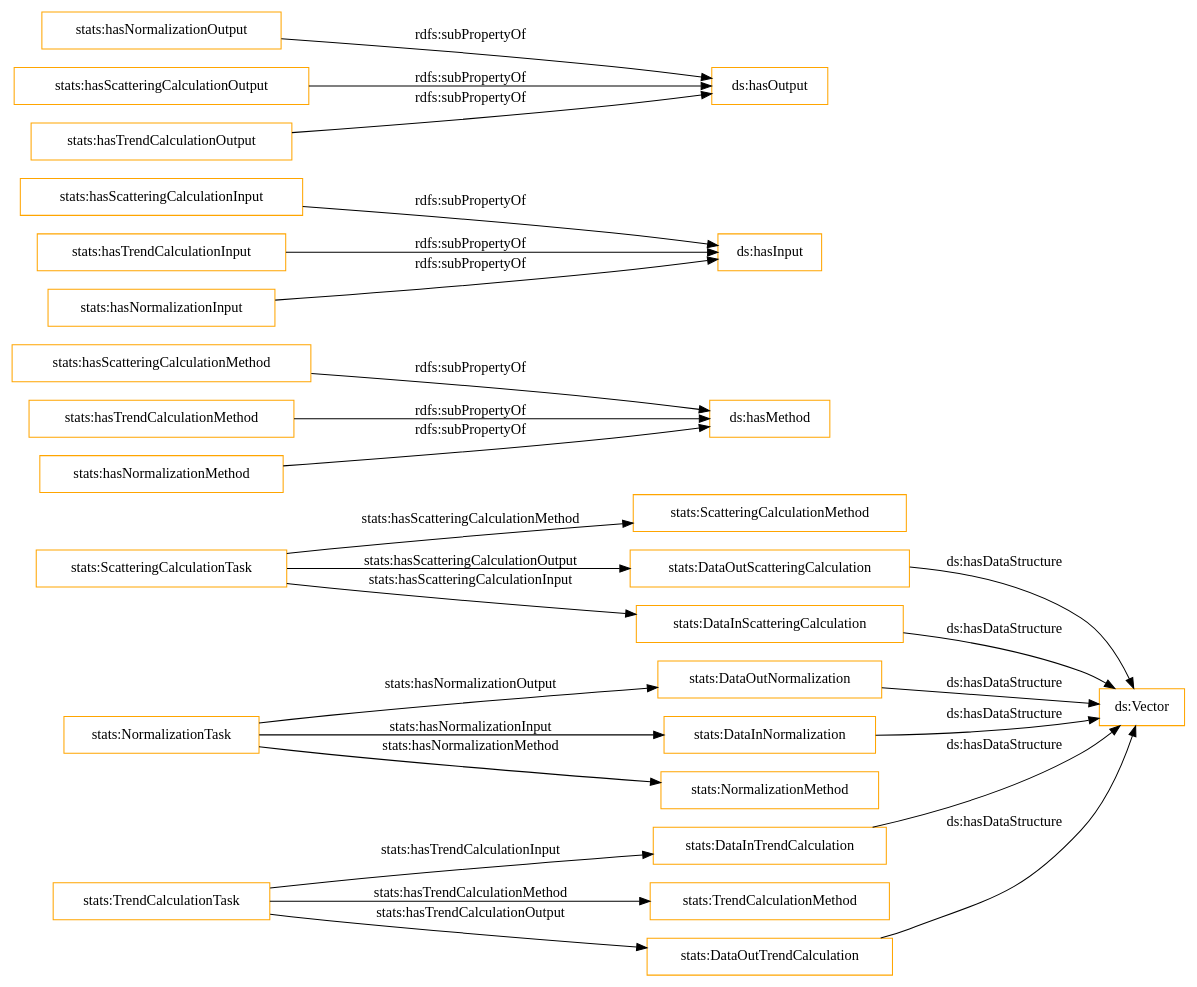
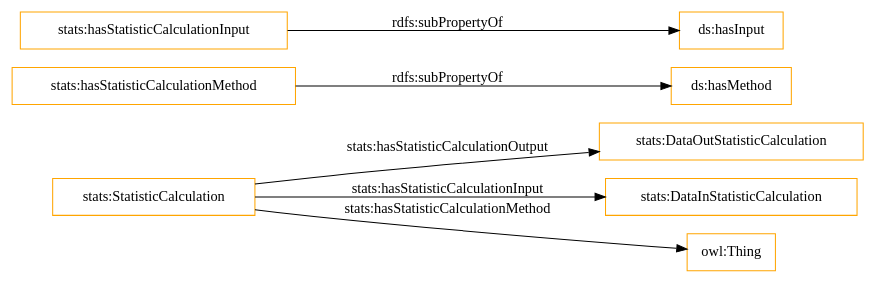
One commit to nsai-uio/ExeKGOntology changed the diagram in OnToology/stats_exeKGOntology.ttl/diagrams/ar2dtool-class/stats_exeKGOntology.ttl.png.dot. Above: the diagram before and after it, drawn with Graphviz. The commit also changed 797 other files, not shown here.

```diff
--- a/OnToology/stats_exeKGOntology.ttl/diagrams/ar2dtool-class/stats_exeKGOntology.ttl.png.dot
+++ b/OnToology/stats_exeKGOntology.ttl/diagrams/ar2dtool-class/stats_exeKGOntology.ttl.png.dot
@@ -1,30 +1,11 @@
 digraph ar2dtool_diagram { 
 rankdir=LR;
 size="1501"
-node [shape = rectangle, color="orange"]; "stats:ScatteringCalculationMethod" "stats:TrendCalculationTask" "stats:DataOutScatteringCalculation" "stats:NormalizationTask" "stats:DataOutNormalization" "stats:DataInTrendCalculation" "stats:DataInNormalization" "stats:DataInScatteringCalculation" "stats:NormalizationMethod" "stats:ScatteringCalculationTask" "stats:TrendCalculationMethod" "stats:DataOutTrendCalculation" ; /*classes style*/
-	"stats:hasScatteringCalculationMethod" -> "ds:hasMethod" [ label = "rdfs:subPropertyOf" ];
-	"stats:DataOutNormalization" -> "ds:Vector" [ label = "ds:hasDataStructure" ];
-	"stats:hasTrendCalculationMethod" -> "ds:hasMethod" [ label = "rdfs:subPropertyOf" ];
-	"stats:hasScatteringCalculationInput" -> "ds:hasInput" [ label = "rdfs:subPropertyOf" ];
-	"stats:hasTrendCalculationInput" -> "ds:hasInput" [ label = "rdfs:subPropertyOf" ];
-	"stats:DataInScatteringCalculation" -> "ds:Vector" [ label = "ds:hasDataStructure" ];
-	"stats:DataInNormalization" -> "ds:Vector" [ label = "ds:hasDataStructure" ];
-	"stats:DataInTrendCalculation" -> "ds:Vector" [ label = "ds:hasDataStructure" ];
-	"stats:hasNormalizationOutput" -> "ds:hasOutput" [ label = "rdfs:subPropertyOf" ];
-	"stats:DataOutScatteringCalculation" -> "ds:Vector" [ label = "ds:hasDataStructure" ];
-	"stats:hasNormalizationMethod" -> "ds:hasMethod" [ label = "rdfs:subPropertyOf" ];
-	"stats:hasNormalizationInput" -> "ds:hasInput" [ label = "rdfs:subPropertyOf" ];
-	"stats:hasScatteringCalculationOutput" -> "ds:hasOutput" [ label = "rdfs:subPropertyOf" ];
-	"stats:DataOutTrendCalculation" -> "ds:Vector" [ label = "ds:hasDataStructure" ];
-	"stats:hasTrendCalculationOutput" -> "ds:hasOutput" [ label = "rdfs:subPropertyOf" ];
-	"stats:TrendCalculationTask" -> "stats:TrendCalculationMethod" [ label = "stats:hasTrendCalculationMethod" ];
-	"stats:ScatteringCalculationTask" -> "stats:DataInScatteringCalculation" [ label = "stats:hasScatteringCalculationInput" ];
-	"stats:ScatteringCalculationTask" -> "stats:DataOutScatteringCalculation" [ label = "stats:hasScatteringCalculationOutput" ];
-	"stats:NormalizationTask" -> "stats:NormalizationMethod" [ label = "stats:hasNormalizationMethod" ];
-	"stats:ScatteringCalculationTask" -> "stats:ScatteringCalculationMethod" [ label = "stats:hasScatteringCalculationMethod" ];
-	"stats:NormalizationTask" -> "stats:DataInNormalization" [ label = "stats:hasNormalizationInput" ];
-	"stats:TrendCalculationTask" -> "stats:DataOutTrendCalculation" [ label = "stats:hasTrendCalculationOutput" ];
-	"stats:TrendCalculationTask" -> "stats:DataInTrendCalculation" [ label = "stats:hasTrendCalculationInput" ];
-	"stats:NormalizationTask" -> "stats:DataOutNormalization" [ label = "stats:hasNormalizationOutput" ];
+node [shape = rectangle, color="orange"]; "stats:DataOutStatisticCalculation" "stats:DataInStatisticCalculation" "stats:StatisticCalculation" ; /*classes style*/
+	"stats:hasStatisticCalculationMethod" -> "ds:hasMethod" [ label = "rdfs:subPropertyOf" ];
+	"stats:hasStatisticCalculationInput" -> "ds:hasInput" [ label = "rdfs:subPropertyOf" ];
+	"stats:StatisticCalculation" -> "owl:Thing" [ label = "stats:hasStatisticCalculationMethod" ];
+	"stats:StatisticCalculation" -> "stats:DataOutStatisticCalculation" [ label = "stats:hasStatisticCalculationOutput" ];
+	"stats:StatisticCalculation" -> "stats:DataInStatisticCalculation" [ label = "stats:hasStatisticCalculationInput" ];
 
 }
```
